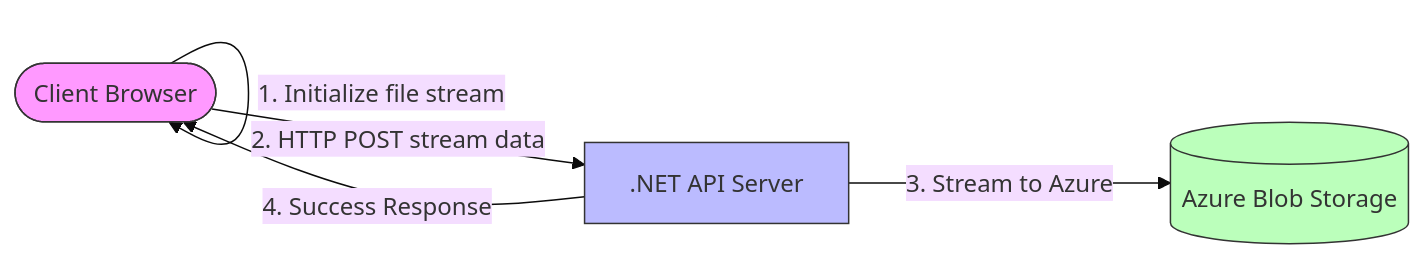
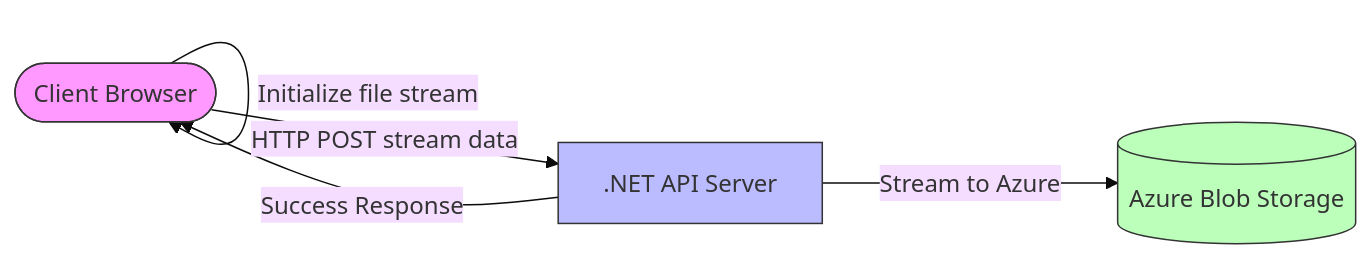
The third of 5 diagrams in README.md (nitin27may/azure-storage-dotnet), drawn with Mermaid (base theme) before and after one commit. The commit also changed other lines of this file, not shown here.

````diff
--- a/README.md
+++ b/README.md
@@ -79,19 +79,19 @@
 ```mermaid
 flowchart LR
     Client([Client Browser])
     API[.NET API Server]
     Azure[(Azure Blob Storage)]
     
-    Client -->|1. Initialize file stream| Client
-    Client -->|2. HTTP POST stream data| API
-    API -->|3. Stream to Azure| Azure
-    API -->|4. Success Response| Client
+    Client -- "Initialize file stream" --> Client
+    Client -- "HTTP POST stream data" --> API
+    API -- "Stream to Azure" --> Azure
+    API -- "Success Response" --> Client
     
     classDef client fill:#f9f,stroke:#333,stroke-width:1px;
     classDef api fill:#bbf,stroke:#333,stroke-width:1px;
     classDef azure fill:#bfb,stroke:#333,stroke-width:1px;
     
     class Client client;
     class API api;
     class Azure azure;
 ```
````
